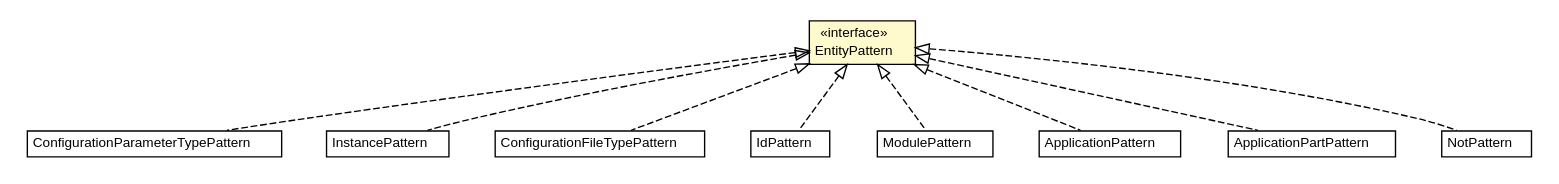
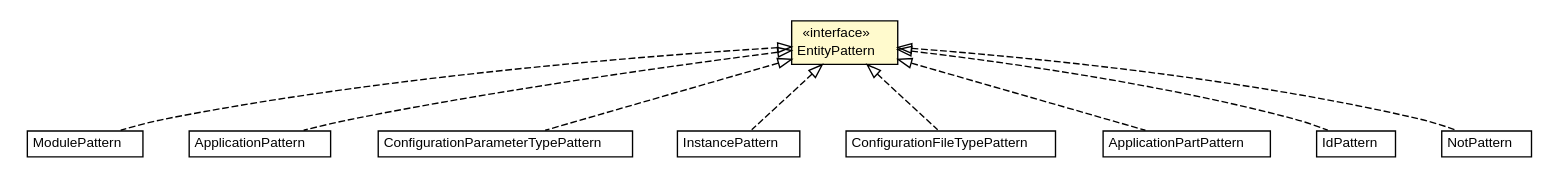
Before and after one commit to universAAL/middleware: the diagram in mw.pom/apidocs/org/universAAL/middleware/interfaces/configuration/configurationEditionTypes/pattern/EntityPattern.dot, drawn with Graphviz. The commit also changed 5721 other files, not shown here.

```diff
--- a/mw.pom/apidocs/org/universAAL/middleware/interfaces/configuration/configurationEditionTypes/pattern/EntityPattern.dot
+++ b/mw.pom/apidocs/org/universAAL/middleware/interfaces/configuration/configurationEditionTypes/pattern/EntityPattern.dot
@@ -1,83 +1,83 @@
 #!/usr/local/bin/dot
 #
 # Class diagram 
 # Generated by UMLGraph version R5_6-24-gf6e263 (http://www.umlgraph.org/)
 #
 
 digraph G {
 	edge [fontname="Helvetica",fontsize=10,labelfontname="Helvetica",labelfontsize=10];
 	node [fontname="Helvetica",fontsize=10,shape=plaintext];
 	nodesep=0.25;
 	ranksep=0.5;
+	// org.universAAL.middleware.interfaces.configuration.configurationEditionTypes.pattern.ModulePattern
+	c180710 [label=<<table title="org.universAAL.middleware.interfaces.configuration.configurationEditionTypes.pattern.ModulePattern" border="0" cellborder="1" cellspacing="0" cellpadding="2" port="p" href="./ModulePattern.html">
+		<tr><td><table border="0" cellspacing="0" cellpadding="1">
+<tr><td align="center" balign="center"> ModulePattern </td></tr>
+		</table></td></tr>
+		</table>>, URL="./ModulePattern.html", fontname="Helvetica", fontcolor="black", fontsize=10.0];
+	// org.universAAL.middleware.interfaces.configuration.configurationEditionTypes.pattern.ApplicationPattern
+	c180711 [label=<<table title="org.universAAL.middleware.interfaces.configuration.configurationEditionTypes.pattern.ApplicationPattern" border="0" cellborder="1" cellspacing="0" cellpadding="2" port="p" href="./ApplicationPattern.html">
+		<tr><td><table border="0" cellspacing="0" cellpadding="1">
+<tr><td align="center" balign="center"> ApplicationPattern </td></tr>
+		</table></td></tr>
+		</table>>, URL="./ApplicationPattern.html", fontname="Helvetica", fontcolor="black", fontsize=10.0];
 	// org.universAAL.middleware.interfaces.configuration.configurationEditionTypes.pattern.ConfigurationParameterTypePattern
-	c222915 [label=<<table title="org.universAAL.middleware.interfaces.configuration.configurationEditionTypes.pattern.ConfigurationParameterTypePattern" border="0" cellborder="1" cellspacing="0" cellpadding="2" port="p" href="./ConfigurationParameterTypePattern.html">
+	c180712 [label=<<table title="org.universAAL.middleware.interfaces.configuration.configurationEditionTypes.pattern.ConfigurationParameterTypePattern" border="0" cellborder="1" cellspacing="0" cellpadding="2" port="p" href="./ConfigurationParameterTypePattern.html">
 		<tr><td><table border="0" cellspacing="0" cellpadding="1">
 <tr><td align="center" balign="center"> ConfigurationParameterTypePattern </td></tr>
 		</table></td></tr>
 		</table>>, URL="./ConfigurationParameterTypePattern.html", fontname="Helvetica", fontcolor="black", fontsize=10.0];
 	// org.universAAL.middleware.interfaces.configuration.configurationEditionTypes.pattern.InstancePattern
-	c222916 [label=<<table title="org.universAAL.middleware.interfaces.configuration.configurationEditionTypes.pattern.InstancePattern" border="0" cellborder="1" cellspacing="0" cellpadding="2" port="p" href="./InstancePattern.html">
+	c180713 [label=<<table title="org.universAAL.middleware.interfaces.configuration.configurationEditionTypes.pattern.InstancePattern" border="0" cellborder="1" cellspacing="0" cellpadding="2" port="p" href="./InstancePattern.html">
 		<tr><td><table border="0" cellspacing="0" cellpadding="1">
 <tr><td align="center" balign="center"> InstancePattern </td></tr>
 		</table></td></tr>
 		</table>>, URL="./InstancePattern.html", fontname="Helvetica", fontcolor="black", fontsize=10.0];
 	// org.universAAL.middleware.interfaces.configuration.configurationEditionTypes.pattern.ConfigurationFileTypePattern
-	c222917 [label=<<table title="org.universAAL.middleware.interfaces.configuration.configurationEditionTypes.pattern.ConfigurationFileTypePattern" border="0" cellborder="1" cellspacing="0" cellpadding="2" port="p" href="./ConfigurationFileTypePattern.html">
+	c180714 [label=<<table title="org.universAAL.middleware.interfaces.configuration.configurationEditionTypes.pattern.ConfigurationFileTypePattern" border="0" cellborder="1" cellspacing="0" cellpadding="2" port="p" href="./ConfigurationFileTypePattern.html">
 		<tr><td><table border="0" cellspacing="0" cellpadding="1">
 <tr><td align="center" balign="center"> ConfigurationFileTypePattern </td></tr>
 		</table></td></tr>
 		</table>>, URL="./ConfigurationFileTypePattern.html", fontname="Helvetica", fontcolor="black", fontsize=10.0];
+	// org.universAAL.middleware.interfaces.configuration.configurationEditionTypes.pattern.ApplicationPartPattern
+	c180715 [label=<<table title="org.universAAL.middleware.interfaces.configuration.configurationEditionTypes.pattern.ApplicationPartPattern" border="0" cellborder="1" cellspacing="0" cellpadding="2" port="p" href="./ApplicationPartPattern.html">
+		<tr><td><table border="0" cellspacing="0" cellpadding="1">
+<tr><td align="center" balign="center"> ApplicationPartPattern </td></tr>
+		</table></td></tr>
+		</table>>, URL="./ApplicationPartPattern.html", fontname="Helvetica", fontcolor="black", fontsize=10.0];
 	// org.universAAL.middleware.interfaces.configuration.configurationEditionTypes.pattern.IdPattern
-	c222918 [label=<<table title="org.universAAL.middleware.interfaces.configuration.configurationEditionTypes.pattern.IdPattern" border="0" cellborder="1" cellspacing="0" cellpadding="2" port="p" href="./IdPattern.html">
+	c180716 [label=<<table title="org.universAAL.middleware.interfaces.configuration.configurationEditionTypes.pattern.IdPattern" border="0" cellborder="1" cellspacing="0" cellpadding="2" port="p" href="./IdPattern.html">
 		<tr><td><table border="0" cellspacing="0" cellpadding="1">
 <tr><td align="center" balign="center"> IdPattern </td></tr>
 		</table></td></tr>
 		</table>>, URL="./IdPattern.html", fontname="Helvetica", fontcolor="black", fontsize=10.0];
-	// org.universAAL.middleware.interfaces.configuration.configurationEditionTypes.pattern.ModulePattern
-	c222919 [label=<<table title="org.universAAL.middleware.interfaces.configuration.configurationEditionTypes.pattern.ModulePattern" border="0" cellborder="1" cellspacing="0" cellpadding="2" port="p" href="./ModulePattern.html">
-		<tr><td><table border="0" cellspacing="0" cellpadding="1">
-<tr><td align="center" balign="center"> ModulePattern </td></tr>
-		</table></td></tr>
-		</table>>, URL="./ModulePattern.html", fontname="Helvetica", fontcolor="black", fontsize=10.0];
-	// org.universAAL.middleware.interfaces.configuration.configurationEditionTypes.pattern.ApplicationPattern
-	c222920 [label=<<table title="org.universAAL.middleware.interfaces.configuration.configurationEditionTypes.pattern.ApplicationPattern" border="0" cellborder="1" cellspacing="0" cellpadding="2" port="p" href="./ApplicationPattern.html">
-		<tr><td><table border="0" cellspacing="0" cellpadding="1">
-<tr><td align="center" balign="center"> ApplicationPattern </td></tr>
-		</table></td></tr>
-		</table>>, URL="./ApplicationPattern.html", fontname="Helvetica", fontcolor="black", fontsize=10.0];
-	// org.universAAL.middleware.interfaces.configuration.configurationEditionTypes.pattern.ApplicationPartPattern
-	c222921 [label=<<table title="org.universAAL.middleware.interfaces.configuration.configurationEditionTypes.pattern.ApplicationPartPattern" border="0" cellborder="1" cellspacing="0" cellpadding="2" port="p" href="./ApplicationPartPattern.html">
-		<tr><td><table border="0" cellspacing="0" cellpadding="1">
-<tr><td align="center" balign="center"> ApplicationPartPattern </td></tr>
-		</table></td></tr>
-		</table>>, URL="./ApplicationPartPattern.html", fontname="Helvetica", fontcolor="black", fontsize=10.0];
 	// org.universAAL.middleware.interfaces.configuration.configurationEditionTypes.pattern.EntityPattern
-	c222922 [label=<<table title="org.universAAL.middleware.interfaces.configuration.configurationEditionTypes.pattern.EntityPattern" border="0" cellborder="1" cellspacing="0" cellpadding="2" port="p" bgcolor="lemonChiffon" href="./EntityPattern.html">
+	c180717 [label=<<table title="org.universAAL.middleware.interfaces.configuration.configurationEditionTypes.pattern.EntityPattern" border="0" cellborder="1" cellspacing="0" cellpadding="2" port="p" bgcolor="lemonChiffon" href="./EntityPattern.html">
 		<tr><td><table border="0" cellspacing="0" cellpadding="1">
 <tr><td align="center" balign="center"> &#171;interface&#187; </td></tr>
 <tr><td align="center" balign="center"> EntityPattern </td></tr>
 		</table></td></tr>
 		</table>>, URL="./EntityPattern.html", fontname="Helvetica", fontcolor="black", fontsize=10.0];
 	// org.universAAL.middleware.interfaces.configuration.configurationEditionTypes.pattern.NotPattern
-	c222923 [label=<<table title="org.universAAL.middleware.interfaces.configuration.configurationEditionTypes.pattern.NotPattern" border="0" cellborder="1" cellspacing="0" cellpadding="2" port="p" href="./NotPattern.html">
+	c180718 [label=<<table title="org.universAAL.middleware.interfaces.configuration.configurationEditionTypes.pattern.NotPattern" border="0" cellborder="1" cellspacing="0" cellpadding="2" port="p" href="./NotPattern.html">
 		<tr><td><table border="0" cellspacing="0" cellpadding="1">
 <tr><td align="center" balign="center"> NotPattern </td></tr>
 		</table></td></tr>
 		</table>>, URL="./NotPattern.html", fontname="Helvetica", fontcolor="black", fontsize=10.0];
+	//org.universAAL.middleware.interfaces.configuration.configurationEditionTypes.pattern.ModulePattern implements org.universAAL.middleware.interfaces.configuration.configurationEditionTypes.pattern.EntityPattern
+	c180717:p -> c180710:p [dir=back,arrowtail=empty,style=dashed];
+	//org.universAAL.middleware.interfaces.configuration.configurationEditionTypes.pattern.ApplicationPattern implements org.universAAL.middleware.interfaces.configuration.configurationEditionTypes.pattern.EntityPattern
+	c180717:p -> c180711:p [dir=back,arrowtail=empty,style=dashed];
 	//org.universAAL.middleware.interfaces.configuration.configurationEditionTypes.pattern.ConfigurationParameterTypePattern implements org.universAAL.middleware.interfaces.configuration.configurationEditionTypes.pattern.EntityPattern
-	c222922:p -> c222915:p [dir=back,arrowtail=empty,style=dashed];
+	c180717:p -> c180712:p [dir=back,arrowtail=empty,style=dashed];
 	//org.universAAL.middleware.interfaces.configuration.configurationEditionTypes.pattern.InstancePattern implements org.universAAL.middleware.interfaces.configuration.configurationEditionTypes.pattern.EntityPattern
-	c222922:p -> c222916:p [dir=back,arrowtail=empty,style=dashed];
+	c180717:p -> c180713:p [dir=back,arrowtail=empty,style=dashed];
 	//org.universAAL.middleware.interfaces.configuration.configurationEditionTypes.pattern.ConfigurationFileTypePattern implements org.universAAL.middleware.interfaces.configuration.configurationEditionTypes.pattern.EntityPattern
-	c222922:p -> c222917:p [dir=back,arrowtail=empty,style=dashed];
+	c180717:p -> c180714:p [dir=back,arrowtail=empty,style=dashed];
+	//org.universAAL.middleware.interfaces.configuration.configurationEditionTypes.pattern.ApplicationPartPattern implements org.universAAL.middleware.interfaces.configuration.configurationEditionTypes.pattern.EntityPattern
+	c180717:p -> c180715:p [dir=back,arrowtail=empty,style=dashed];
 	//org.universAAL.middleware.interfaces.configuration.configurationEditionTypes.pattern.IdPattern implements org.universAAL.middleware.interfaces.configuration.configurationEditionTypes.pattern.EntityPattern
-	c222922:p -> c222918:p [dir=back,arrowtail=empty,style=dashed];
-	//org.universAAL.middleware.interfaces.configuration.configurationEditionTypes.pattern.ModulePattern implements org.universAAL.middleware.interfaces.configuration.configurationEditionTypes.pattern.EntityPattern
-	c222922:p -> c222919:p [dir=back,arrowtail=empty,style=dashed];
-	//org.universAAL.middleware.interfaces.configuration.configurationEditionTypes.pattern.ApplicationPattern implements org.universAAL.middleware.interfaces.configuration.configurationEditionTypes.pattern.EntityPattern
-	c222922:p -> c222920:p [dir=back,arrowtail=empty,style=dashed];
-	//org.universAAL.middleware.interfaces.configuration.configurationEditionTypes.pattern.ApplicationPartPattern implements org.universAAL.middleware.interfaces.configuration.configurationEditionTypes.pattern.EntityPattern
-	c222922:p -> c222921:p [dir=back,arrowtail=empty,style=dashed];
+	c180717:p -> c180716:p [dir=back,arrowtail=empty,style=dashed];
 	//org.universAAL.middleware.interfaces.configuration.configurationEditionTypes.pattern.NotPattern implements org.universAAL.middleware.interfaces.configuration.configurationEditionTypes.pattern.EntityPattern
-	c222922:p -> c222923:p [dir=back,arrowtail=empty,style=dashed];
+	c180717:p -> c180718:p [dir=back,arrowtail=empty,style=dashed];
 }
```
